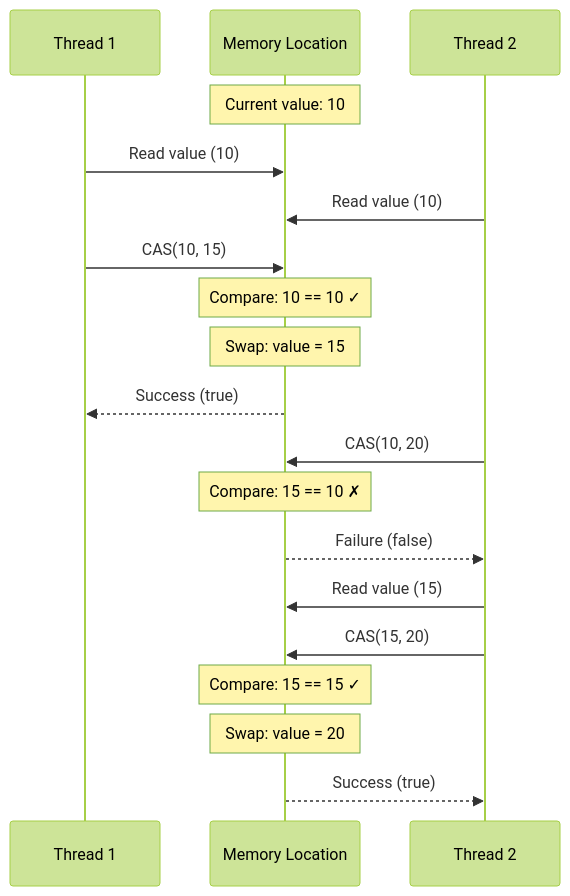
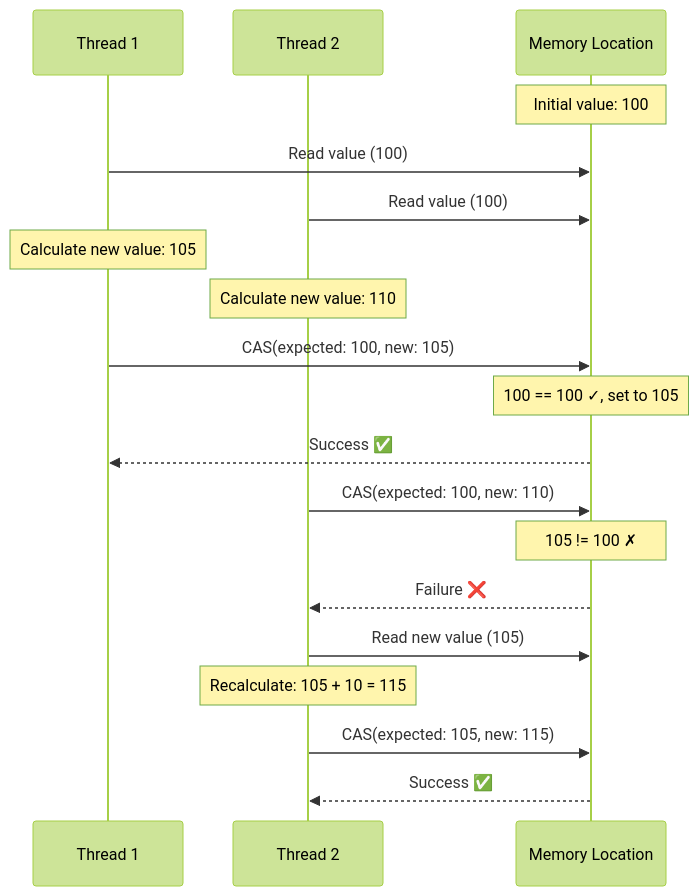
One commit to deepaucksharma/DStudio changed the second of 6 diagrams in docs/pattern-library/coordination/cas.md. Above: the diagram before and after it, drawn with Mermaid (forest theme). The commit also changed other lines of this file and 11 other files, not shown here.

````diff
--- a/docs/pattern-library/coordination/cas.md
+++ b/docs/pattern-library/coordination/cas.md
@@ -47,26 +123,27 @@
 ```mermaid
 sequenceDiagram
-    participant Thread1 as Thread 1
-    participant Memory as Memory Location
-    participant Thread2 as Thread 2
+    participant T1 as Thread 1
+    participant T2 as Thread 2
+    participant M as Memory Location
     
-    Note over Memory: Current value: 10
+    Note over M: Initial value: 100
     
-    Thread1->>Memory: Read value (10)
-    Thread2->>Memory: Read value (10)
+    T1->>M: Read value (100)
+    T2->>M: Read value (100)
     
-    Thread1->>Memory: CAS(10, 15)
-    Note over Memory: Compare: 10 == 10 ✓
-    Note over Memory: Swap: value = 15
-    Memory-->>Thread1: Success (true)
+    Note over T1: Calculate new value: 105
+    Note over T2: Calculate new value: 110
     
-    Thread2->>Memory: CAS(10, 20)
-    Note over Memory: Compare: 15 == 10 ✗
-    Memory-->>Thread2: Failure (false)
+    T1->>M: CAS(expected: 100, new: 105)
+    Note over M: 100 == 100 ✓, set to 105
+    M-->>T1: Success ✅
     
-    Thread2->>Memory: Read value (15)
-    Thread2->>Memory: CAS(15, 20)
-    Note over Memory: Compare: 15 == 15 ✓
-    Note over Memory: Swap: value = 20
-    Memory-->>Thread2: Success (true)
+    T2->>M: CAS(expected: 100, new: 110)
+    Note over M: 105 != 100 ✗
+    M-->>T2: Failure ❌
+    
+    T2->>M: Read new value (105)
+    Note over T2: Recalculate: 105 + 10 = 115
+    T2->>M: CAS(expected: 105, new: 115)
+    M-->>T2: Success ✅
 ```
````
